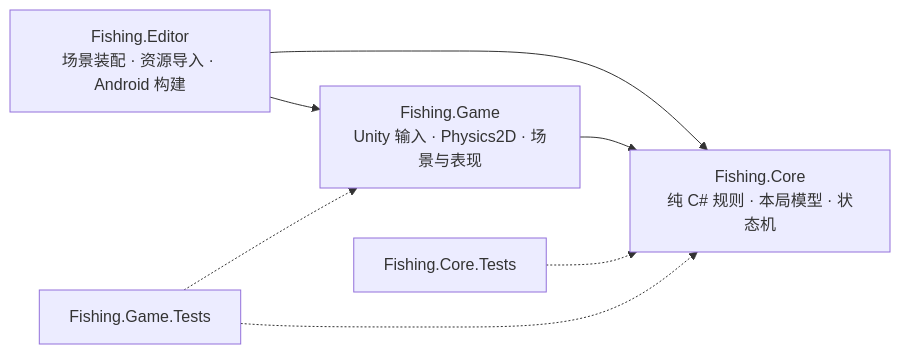
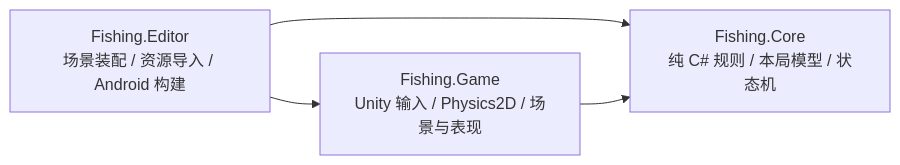
One commit to Huaazii/Fishrise changed the first of 4 diagrams in Docs/Portfolio/Architecture.md. Above: the diagram before and after it, drawn with Mermaid. The commit also changed other lines of this file and 17 other files, not shown here.

````diff
--- a/Docs/Portfolio/Architecture.md
+++ b/Docs/Portfolio/Architecture.md
@@ -9,10 +9,7 @@
 ```mermaid
 flowchart LR
-    Editor["Fishing.Editor<br/>场景装配 · 资源导入 · Android 构建"] --> Game
+    Editor["Fishing.Editor<br/>场景装配 / 资源导入 / Android 构建"] --> Game
     Editor --> Core
-    Game["Fishing.Game<br/>Unity 输入 · Physics2D · 场景与表现"] --> Core
-    Core["Fishing.Core<br/>纯 C# 规则 · 本局模型 · 状态机"]
-    CT["Fishing.Core.Tests"] -.-> Core
-    GT["Fishing.Game.Tests"] -.-> Game
-    GT -.-> Core
+    Game["Fishing.Game<br/>Unity 输入 / Physics2D / 场景与表现"] --> Core
+    Core["Fishing.Core<br/>纯 C# 规则 / 本局模型 / 状态机"]
 ```
````
